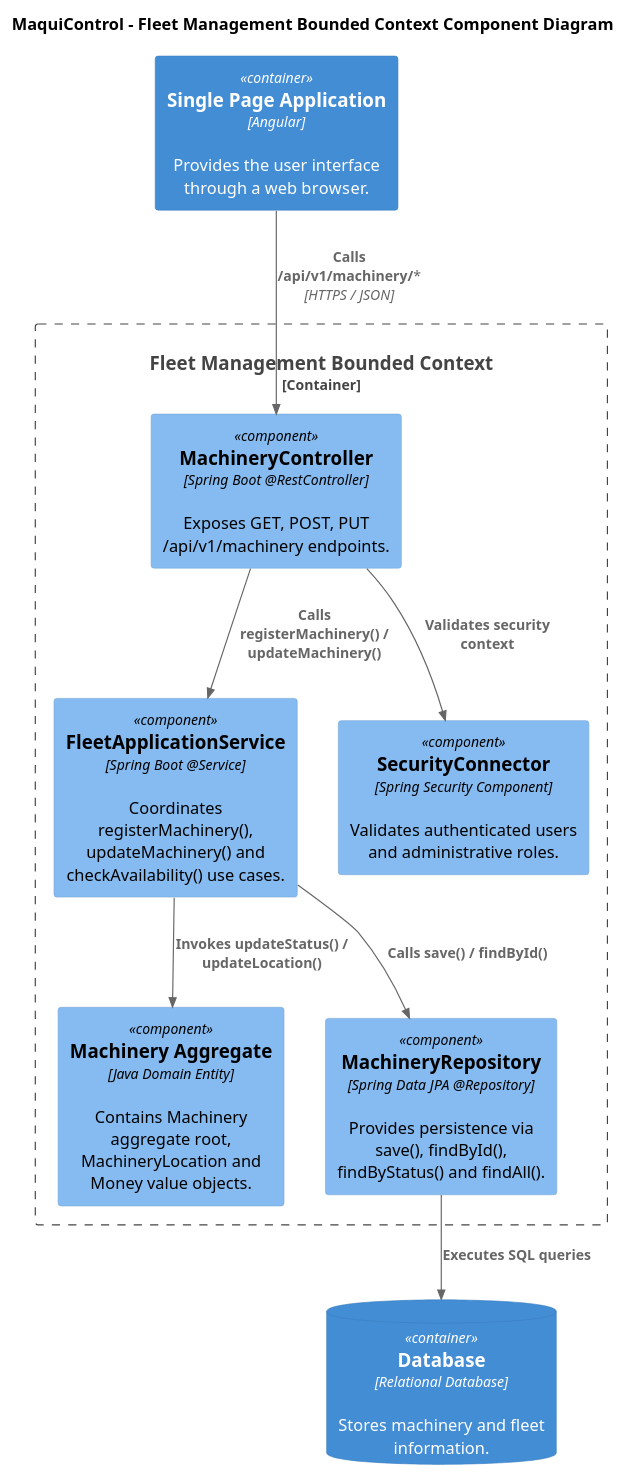
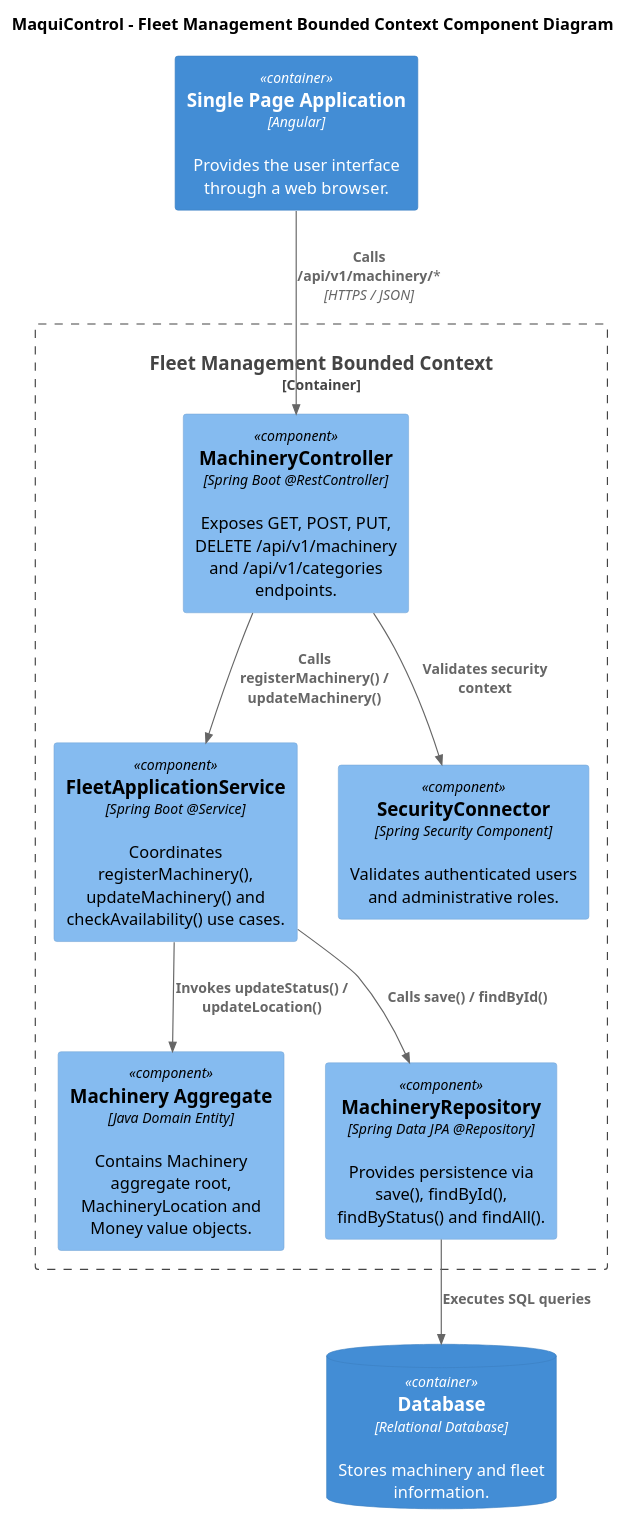
The diagram in docs/architecture/components/fleet-management-components.puml (AndesHeavyTech/MaquiControl), drawn with PlantUML before and after one commit. The commit also changed 36 other files, not shown here.

Commit message:
docs(report): add sprint 2, update deployment configuration and align diagrams with code

```diff
--- a/docs/architecture/components/fleet-management-components.puml
+++ b/docs/architecture/components/fleet-management-components.puml
@@ -1,30 +1,30 @@
 @startuml
 !include <C4/C4_Component>
 
 title MaquiControl - Fleet Management Bounded Context Component Diagram
 
 Container(webapp, "Single Page Application", "Angular", "Provides the user interface through a web browser.")
 
 Container_Boundary(fleet, "Fleet Management Bounded Context") {
 
-    Component(interfaces, "MachineryController", "Spring Boot @RestController", "Exposes GET, POST, PUT /api/v1/machinery endpoints.")
+    Component(interfaces, "MachineryController", "Spring Boot @RestController", "Exposes GET, POST, PUT, DELETE /api/v1/machinery and /api/v1/categories endpoints.")
 
     Component(application, "FleetApplicationService", "Spring Boot @Service", "Coordinates registerMachinery(), updateMachinery() and checkAvailability() use cases.")
 
     Component(domain, "Machinery Aggregate", "Java Domain Entity", "Contains Machinery aggregate root, MachineryLocation and Money value objects.")
 
     Component(infrastructure, "MachineryRepository", "Spring Data JPA @Repository", "Provides persistence via save(), findById(), findByStatus() and findAll().")
 
     Component(security, "SecurityConnector", "Spring Security Component", "Validates authenticated users and administrative roles.")
 }
 
 ContainerDb(database, "Database", "Relational Database", "Stores machinery and fleet information.")
 
 Rel(webapp, interfaces, "Calls /api/v1/machinery/*", "HTTPS / JSON")
 Rel(interfaces, application, "Calls registerMachinery() / updateMachinery()")
 Rel(application, domain, "Invokes updateStatus() / updateLocation()")
 Rel(application, infrastructure, "Calls save() / findById()")
 Rel(infrastructure, database, "Executes SQL queries")
 Rel(interfaces, security, "Validates security context")
 
 @enduml
```
